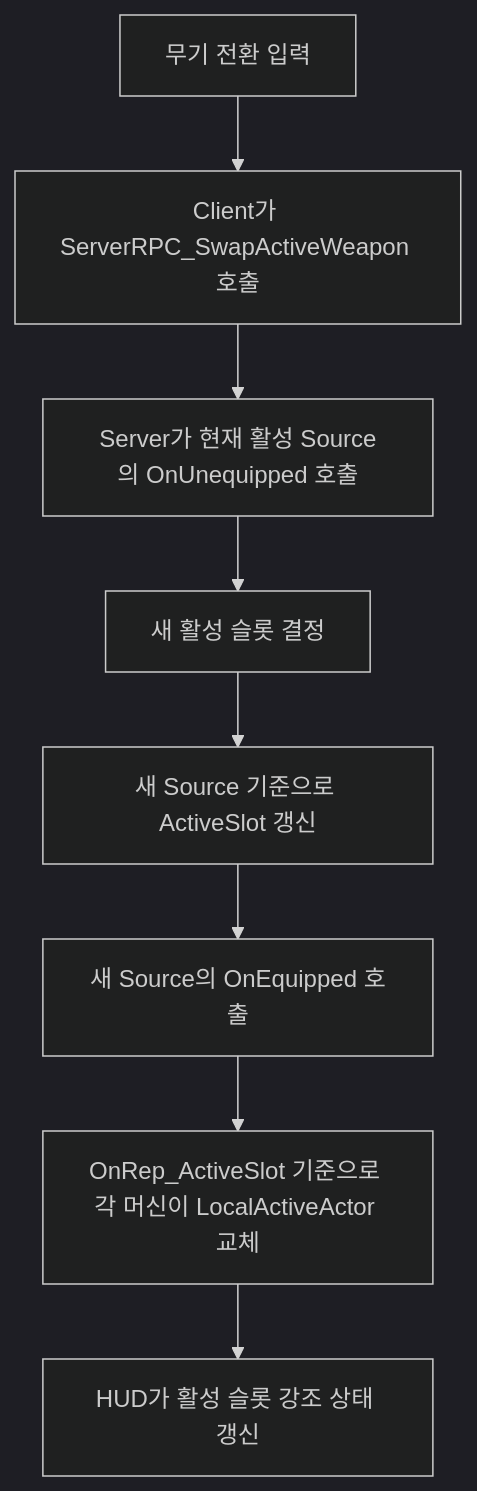
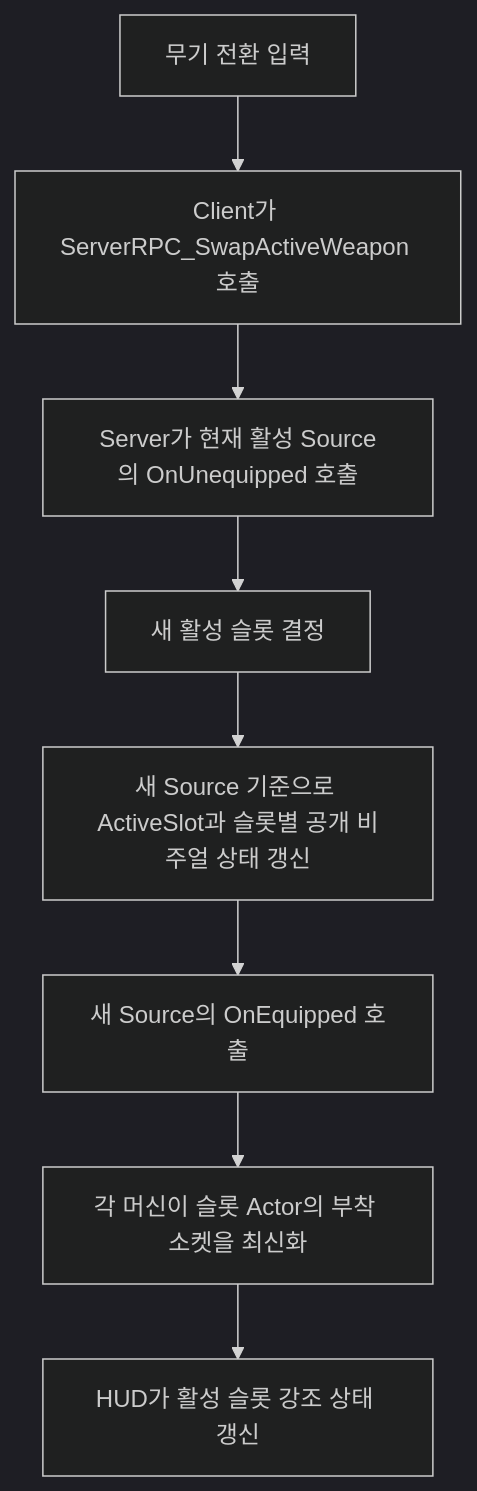
One commit to TeamApoc/ProjectR changed the second of 4 diagrams in Docs/[시스템 기획] 무기_장비.md. Above: the diagram before and after it, drawn with Mermaid (dark theme). The commit also changed other lines of this file and 14 other files, not shown here.

````diff
--- a/Docs/[시스템 기획] 무기_장비.md
+++ b/Docs/[시스템 기획] 무기_장비.md
@@ -197,10 +202,10 @@
 ```mermaid
 flowchart TD
     A[무기 전환 입력] --> B[Client가 ServerRPC_SwapActiveWeapon 호출]
     B --> C[Server가 현재 활성 Source의 OnUnequipped 호출]
     C --> D[새 활성 슬롯 결정]
-    D --> E[새 Source 기준으로 ActiveSlot 갱신]
+    D --> E[새 Source 기준으로 ActiveSlot과 슬롯별 공개 비주얼 상태 갱신]
     E --> F[새 Source의 OnEquipped 호출]
-    F --> G[OnRep_ActiveSlot 기준으로 각 머신이 LocalActiveActor 교체]
+    F --> G[각 머신이 슬롯 Actor의 부착 소켓을 최신화]
     G --> H[HUD가 활성 슬롯 강조 상태 갱신]
 ```
````
